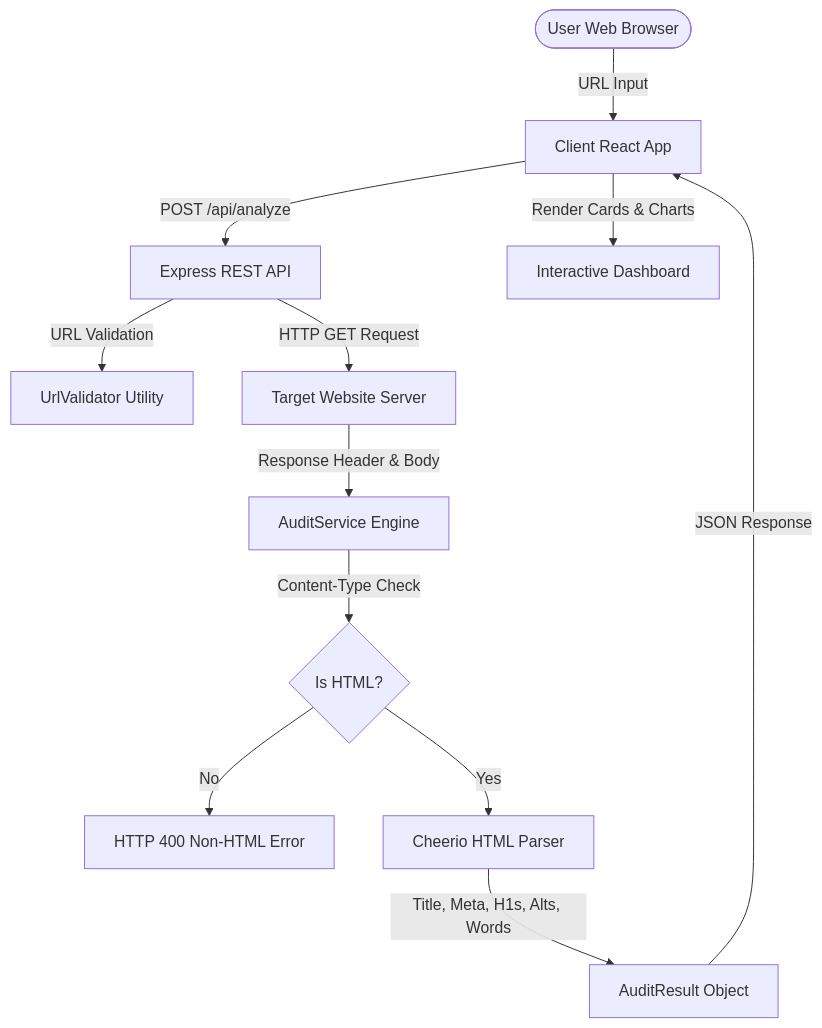
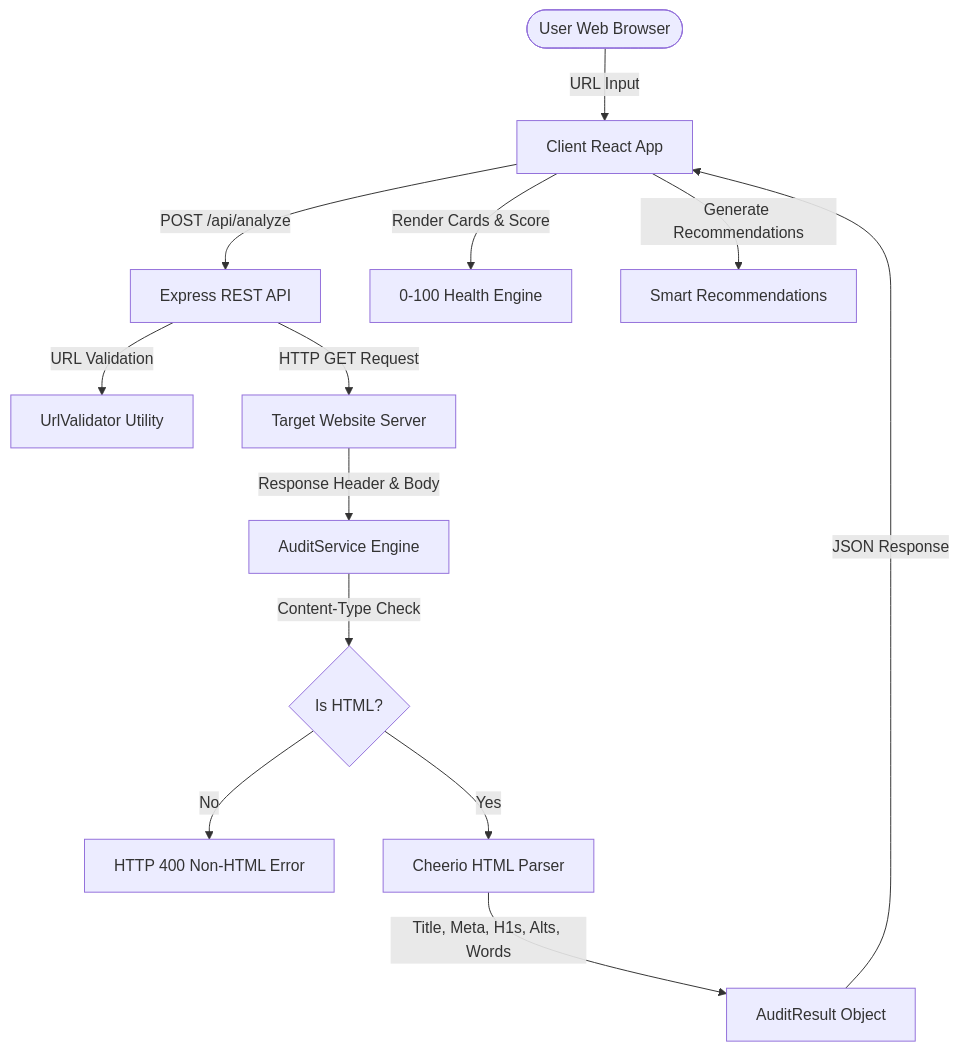
The diagram in README.md (manya041/PagePlus), drawn with Mermaid before and after one commit. The commit also changed other lines of this file and 13 other files, not shown here.

Commit message:
feat: complete production SaaS polish with SearchCheck branding, 0-100 Health Score, Smart Recommendations, and screenshot documentation

````diff
--- a/README.md
+++ b/README.md
@@ -82,14 +82,15 @@
 ```mermaid
 graph TD
     User([User Web Browser]) -->|URL Input| ReactApp[Client React App]
     ReactApp -->|POST /api/analyze| ExpressAPI[Express REST API]
     ExpressAPI -->|URL Validation| Validator[UrlValidator Utility]
     ExpressAPI -->|HTTP GET Request| TargetWeb[Target Website Server]
     TargetWeb -->|Response Header & Body| AuditService[AuditService Engine]
     AuditService -->|Content-Type Check| HTMLCheck{Is HTML?}
     HTMLCheck -- No --> ErrorRes[HTTP 400 Non-HTML Error]
     HTMLCheck -- Yes --> Parser[Cheerio HTML Parser]
     Parser -->|Title, Meta, H1s, Alts, Words| Metrics[AuditResult Object]
     Metrics -->|JSON Response| ReactApp
-    ReactApp -->|Render Cards & Charts| Dashboard[Interactive Dashboard]
+    ReactApp -->|Render Cards & Score| HealthScore[0-100 Health Engine]
+    ReactApp -->|Generate Recommendations| Recommendations[Smart Recommendations]
 ```
````
